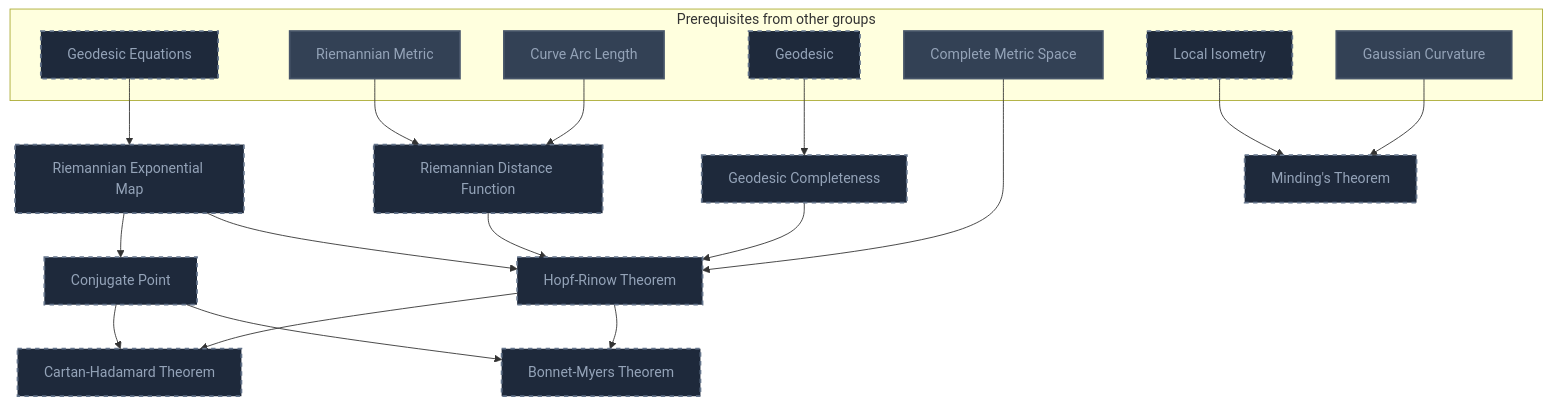
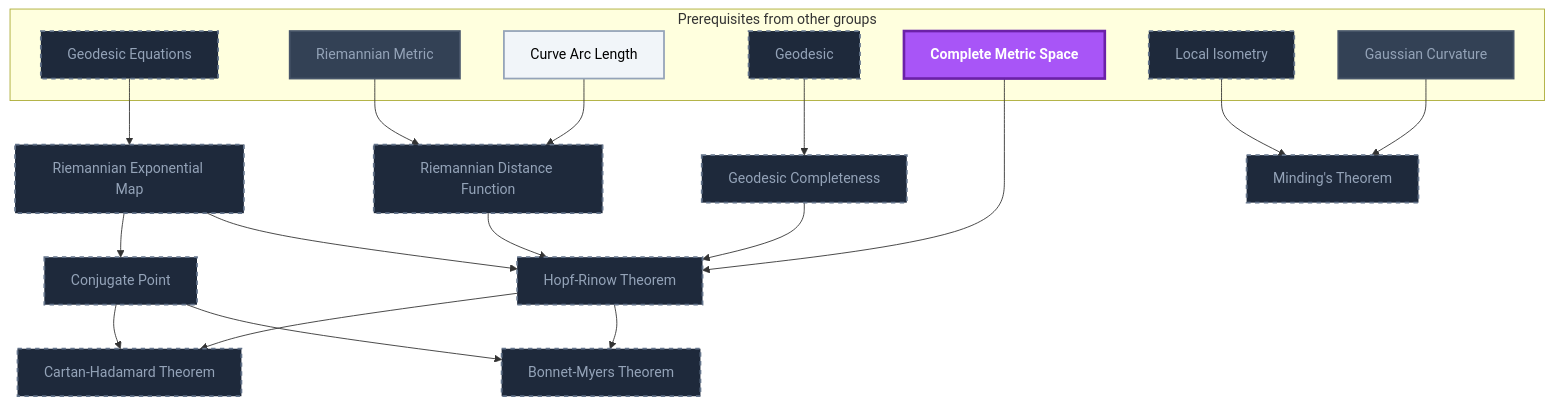
Diagram 11 of 21 in Gamification/Skill Trees/Differential Geometry.md (MRauf1/My-Notes), drawn with Mermaid before and after one commit. The commit also changed other lines of this file and 145 other files, not shown here.

````diff
--- a/Gamification/Skill Trees/Differential Geometry.md
+++ b/Gamification/Skill Trees/Differential Geometry.md
@@ -858,47 +870,49 @@
 ```mermaid
 flowchart TD
     classDef planned fill:#1E293B,stroke:#64748B,stroke-width:2px,stroke-dasharray:5 5,color:#94A3B8;
     classDef locked fill:#334155,stroke:#475569,stroke-width:2px,color:#94A3B8;
     classDef L0 fill:#F1F5F9,stroke:#94A3B8,stroke-width:2px,color:#000000;
     classDef L1 fill:#22C55E,stroke:#15803D,stroke-width:2px,color:#000000;
     classDef L2 fill:#3B82F6,stroke:#1D4ED8,stroke-width:3px,color:#FFFFFF;
     classDef L3 fill:#A855F7,stroke:#6B21A8,stroke-width:3px,color:#FFFFFF,font-weight:bold;
     classDef L4 fill:#F97316,stroke:#C2410C,stroke-width:4px,color:#000000,font-weight:bold;
     classDef L5 fill:#FFD700,stroke:#FF8C00,stroke-width:5px,color:#000000,font-weight:bold;
     classDef rusty stroke:#8B4513,stroke-width:4px,stroke-dasharray:3 3;
     subgraph sg_prereqs["Prerequisites from other groups"]
         n_geodesic_equations["Geodesic Equations"]
         n_riemannian_metric["Riemannian Metric"]
         n_curve_arc_length["Curve Arc Length"]
         n_geodesic["Geodesic"]
         n_complete_metric_space["Complete Metric Space"]
         n_local_isometry["Local Isometry"]
         n_gaussian_curvature["Gaussian Curvature"]
     end
     n_riemannian_exponential_map["Riemannian Exponential Map"]
     n_riemannian_distance_function["Riemannian Distance Function"]
     n_geodesic_completeness["Geodesic Completeness"]
     n_hopf_rinow_theorem["Hopf-Rinow Theorem"]
     n_conjugate_point["Conjugate Point"]
     n_minding_s_theorem["Minding's Theorem"]
     n_bonnet_myers_theorem["Bonnet-Myers Theorem"]
     n_cartan_hadamard_theorem["Cartan-Hadamard Theorem"]
     n_geodesic_equations --> n_riemannian_exponential_map
     n_riemannian_metric --> n_riemannian_distance_function
     n_curve_arc_length --> n_riemannian_distance_function
     n_geodesic --> n_geodesic_completeness
     n_geodesic_completeness --> n_hopf_rinow_theorem
     n_riemannian_exponential_map --> n_hopf_rinow_theorem
     n_riemannian_distance_function --> n_hopf_rinow_theorem
     n_complete_metric_space --> n_hopf_rinow_theorem
     n_riemannian_exponential_map --> n_conjugate_point
     n_local_isometry --> n_minding_s_theorem
     n_gaussian_curvature --> n_minding_s_theorem
     n_hopf_rinow_theorem --> n_bonnet_myers_theorem
     n_conjugate_point --> n_bonnet_myers_theorem
     n_hopf_rinow_theorem --> n_cartan_hadamard_theorem
     n_conjugate_point --> n_cartan_hadamard_theorem
     class n_geodesic_equations,n_geodesic,n_local_isometry,n_riemannian_exponential_map,n_riemannian_distance_function,n_geodesic_completeness,n_hopf_rinow_theorem,n_conjugate_point,n_minding_s_theorem,n_bonnet_myers_theorem,n_cartan_hadamard_theorem planned;
-    class n_riemannian_metric,n_curve_arc_length,n_complete_metric_space,n_gaussian_curvature locked;
+    class n_riemannian_metric,n_gaussian_curvature locked;
+    class n_curve_arc_length L0;
+    class n_complete_metric_space L3;
     class n_riemannian_metric,n_curve_arc_length,n_complete_metric_space,n_gaussian_curvature internal-link;
 ```
````
